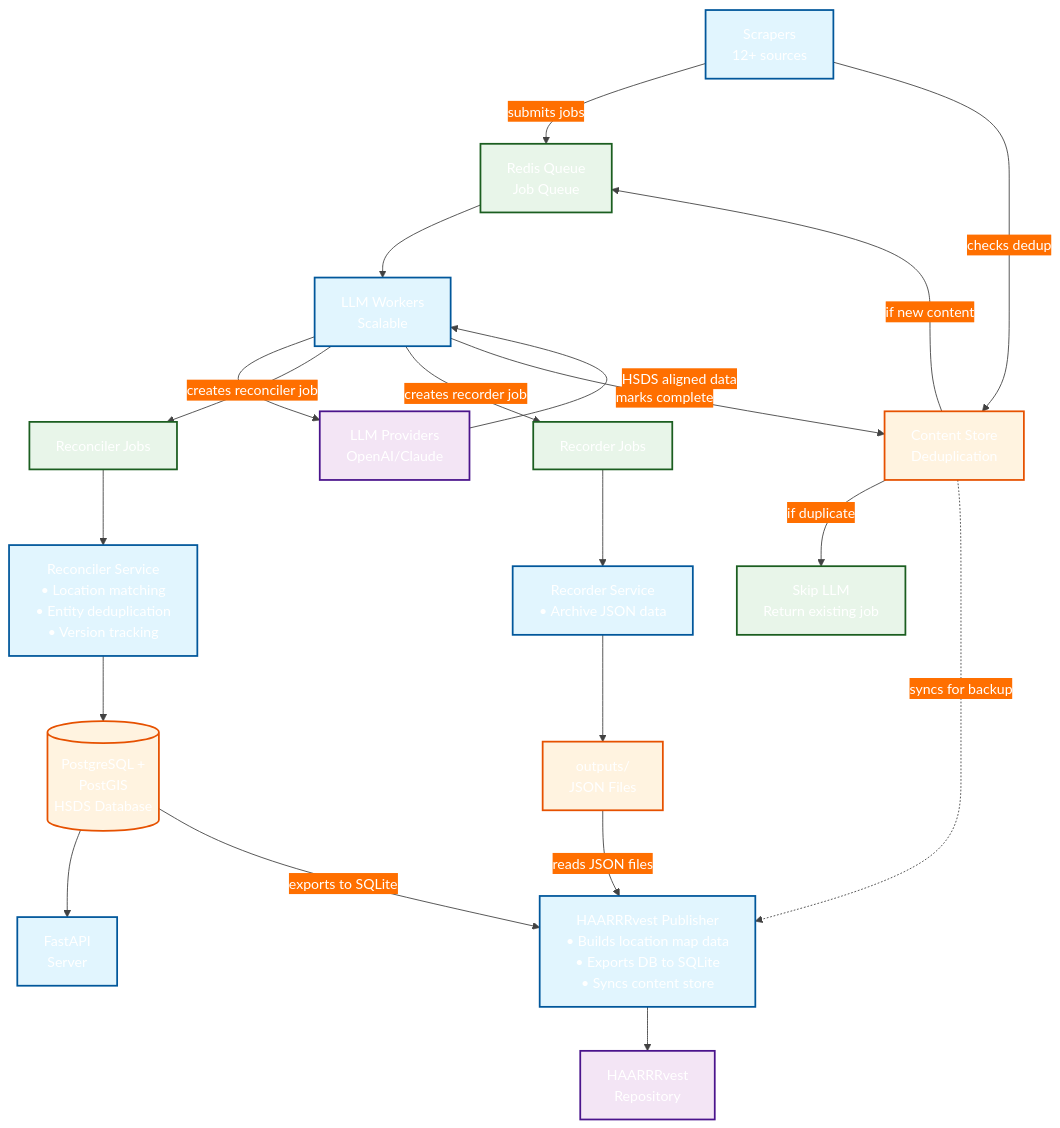
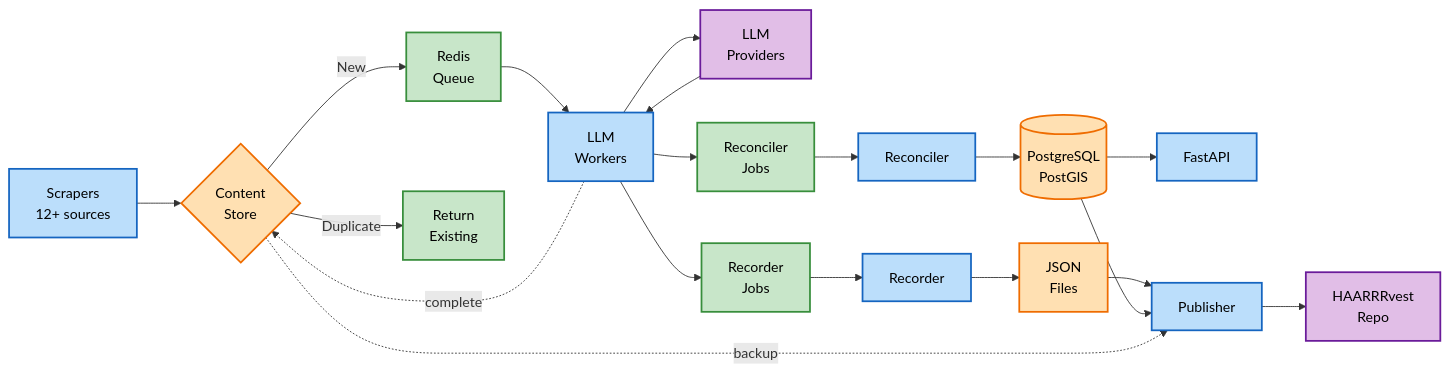
Before and after one commit to For-The-Greater-Good/pantry-pirate-radio: the diagram in README.md, drawn with Mermaid. The commit also changed 2 other files, not shown here.

Commit message:
update readme diagram

````diff
--- a/README.md
+++ b/README.md
@@ -118,54 +118,47 @@
 ```mermaid
-%%{init: {'theme':'base', 'themeVariables': { 'primaryColor':'#1976d2', 'primaryTextColor':'#fff', 'primaryBorderColor':'#0d47a1', 'lineColor':'#424242', 'secondaryColor':'#ff6f00', 'tertiaryColor':'#4a148c', 'background':'#fafafa', 'mainBkg':'#e3f2fd', 'secondBkg':'#fff3e0', 'tertiaryBkg':'#f3e5f5'}}}%%
-flowchart TB
-    %% Data Collection Layer
-    Scrapers[Scrapers<br/>12+ sources] --> |submits jobs| RedisQueue[Redis Queue<br/>Job Queue]
+flowchart LR
+    %% Input
+    A[Scrapers<br/>12+ sources] --> B{Content<br/>Store}
     
-    %% Content Store checks happen during job submission
-    Scrapers --> |checks dedup| ContentStore[Content Store<br/>Deduplication]
-    ContentStore --> |if new content| RedisQueue
-    ContentStore --> |if duplicate| SkipLLM[Skip LLM<br/>Return existing job]
+    %% Deduplication
+    B -->|New| C[Redis<br/>Queue]
+    B -->|Duplicate| D[Return<br/>Existing]
     
-    %% LLM Processing Layer
-    RedisQueue --> LLMWorkers[LLM Workers<br/>Scalable]
-    LLMWorkers --> LLM[LLM Providers<br/>OpenAI/Claude]
-    LLM --> |HSDS aligned data| LLMWorkers
+    %% Processing
+    C --> E[LLM<br/>Workers]
+    E --> F[LLM<br/>Providers]
+    F --> E
     
-    %% LLM Workers create new jobs
-    LLMWorkers --> |creates reconciler job| ReconcilerQueue[Reconciler Jobs]
-    LLMWorkers --> |creates recorder job| RecorderQueue[Recorder Jobs]
+    %% Job Creation
+    E --> G[Reconciler<br/>Jobs]
+    E --> H[Recorder<br/>Jobs]
     
-    %% Update Content Store after processing
-    LLMWorkers --> |marks complete| ContentStore
+    %% Services
+    G --> I[Reconciler]
+    H --> J[Recorder]
     
-    %% Reconciler Processing
-    ReconcilerQueue --> Reconciler[Reconciler Service<br/>• Location matching<br/>• Entity deduplication<br/>• Version tracking]
+    %% Storage
+    I --> K[(PostgreSQL<br/>PostGIS)]
+    J --> L[JSON<br/>Files]
     
-    %% Recorder Processing
-    RecorderQueue --> Recorder[Recorder Service<br/>• Archive JSON data]
+    %% Output
+    K --> M[FastAPI]
+    L --> N[Publisher]
+    K --> N
+    N --> O[HAARRRvest<br/>Repo]
     
-    %% Storage Layer
-    Reconciler --> PostgreSQL[(PostgreSQL +<br/>PostGIS<br/>HSDS Database)]
-    Recorder --> OutputsFolder[outputs/<br/>JSON Files]
+    %% Update tracking
+    E -.-> |complete| B
+    B -.-> |backup| N
     
-    %% API Layer
-    PostgreSQL --> FastAPI[FastAPI<br/>Server]
+    %% Styling
+    classDef service fill:#bbdefb,stroke:#1565c0,stroke-width:2px,color:#000
+    classDef storage fill:#ffe0b2,stroke:#ef6c00,stroke-width:2px,color:#000
+    classDef external fill:#e1bee7,stroke:#6a1b9a,stroke-width:2px,color:#000
+    classDef queue fill:#c8e6c9,stroke:#388e3c,stroke-width:2px,color:#000
     
-    %% Publishing Layer
-    OutputsFolder --> |reads JSON files| Publisher[HAARRRvest Publisher<br/>• Builds location map data<br/>• Exports DB to SQLite<br/>• Syncs content store]
-    PostgreSQL --> |exports to SQLite| Publisher
-    ContentStore -.-> |syncs for backup| Publisher
-    
-    Publisher --> HAARRRvest[HAARRRvest<br/>Repository]
-    
-    %% Style
-    classDef service fill:#e1f5fe,stroke:#01579b,stroke-width:2px
-    classDef storage fill:#fff3e0,stroke:#e65100,stroke-width:2px
-    classDef external fill:#f3e5f5,stroke:#4a148c,stroke-width:2px
-    classDef queue fill:#e8f5e9,stroke:#1b5e20,stroke-width:2px
-    
-    class Scrapers,LLMWorkers,Reconciler,Recorder,FastAPI,Publisher service
-    class ContentStore,PostgreSQL,OutputsFolder storage
-    class LLM,HAARRRvest external
-    class RedisQueue,ReconcilerQueue,RecorderQueue,SkipLLM queue
+    class A,E,I,J,M,N service
+    class B,K,L storage
+    class F,O external
+    class C,G,H,D queue
 ```
````
